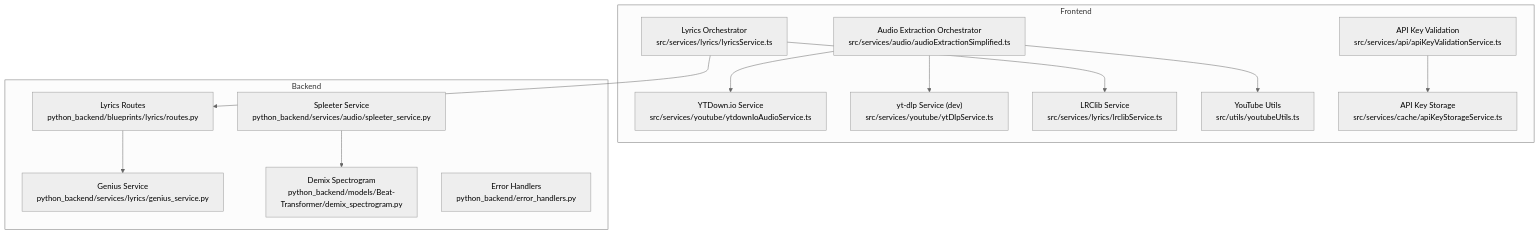
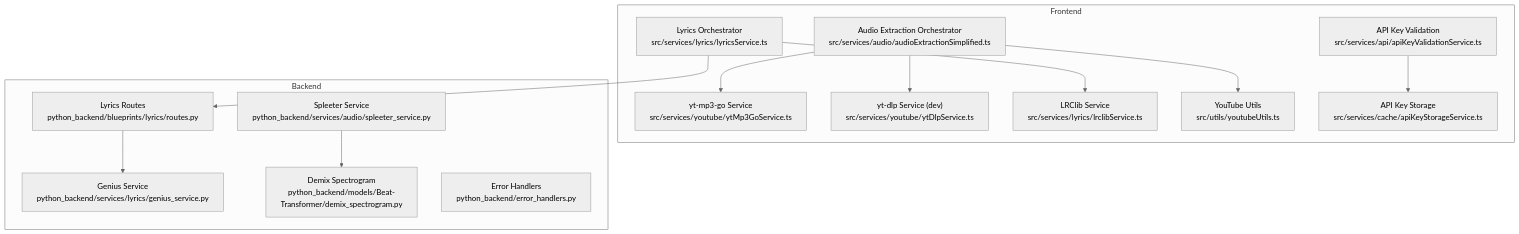
Before and after one commit to ptnghia-j/ChordMiniApp: the first of 7 diagrams in .qoder/repowiki/en/content/Backend Services/External Integrations.md, drawn with Mermaid (neutral theme). The commit also changed other lines of this file and 18 other files, not shown here.

````diff
--- a/.qoder/repowiki/en/content/Backend Services/External Integrations.md
+++ b/.qoder/repowiki/en/content/Backend Services/External Integrations.md
@@ -51,28 +51,28 @@
 ```mermaid
 graph TB
 subgraph "Frontend"
-FE_YT["YTDown.io Service<br/>src/services/youtube/ytdownIoAudioService.ts"]
+FE_YT["yt-mp3-go Service<br/>src/services/youtube/ytMp3GoService.ts"]
 FE_YTDEV["yt-dlp Service (dev)<br/>src/services/youtube/ytDlpService.ts"]
 FE_AUDIO_EXTRACT["Audio Extraction Orchestrator<br/>src/services/audio/audioExtractionSimplified.ts"]
 FE_LYRICS["Lyrics Orchestrator<br/>src/services/lyrics/lyricsService.ts"]
 FE_LRCLIB["LRClib Service<br/>src/services/lyrics/lrclibService.ts"]
 FE_YTUTILS["YouTube Utils<br/>src/utils/youtubeUtils.ts"]
 FE_APIKEY["API Key Storage<br/>src/services/cache/apiKeyStorageService.ts"]
 FE_APIKEYVAL["API Key Validation<br/>src/services/api/apiKeyValidationService.ts"]
 end
 subgraph "Backend"
 BE_GENIUS["Genius Service<br/>python_backend/services/lyrics/genius_service.py"]
 BE_LYRICS_ROUTES["Lyrics Routes<br/>python_backend/blueprints/lyrics/routes.py"]
 BE_SPLEETER["Spleeter Service<br/>python_backend/services/audio/spleeter_service.py"]
 BE_DEMIX["Demix Spectrogram<br/>python_backend/models/Beat-Transformer/demix_spectrogram.py"]
 BE_ERR["Error Handlers<br/>python_backend/error_handlers.py"]
 end
 FE_AUDIO_EXTRACT --> FE_YT
 FE_AUDIO_EXTRACT --> FE_YTDEV
 FE_AUDIO_EXTRACT --> FE_YTUTILS
 FE_LYRICS --> FE_LRCLIB
 FE_LYRICS --> BE_LYRICS_ROUTES
 BE_LYRICS_ROUTES --> BE_GENIUS
 FE_APIKEYVAL --> FE_APIKEY
 BE_SPLEETER --> BE_DEMIX
 ```
````
